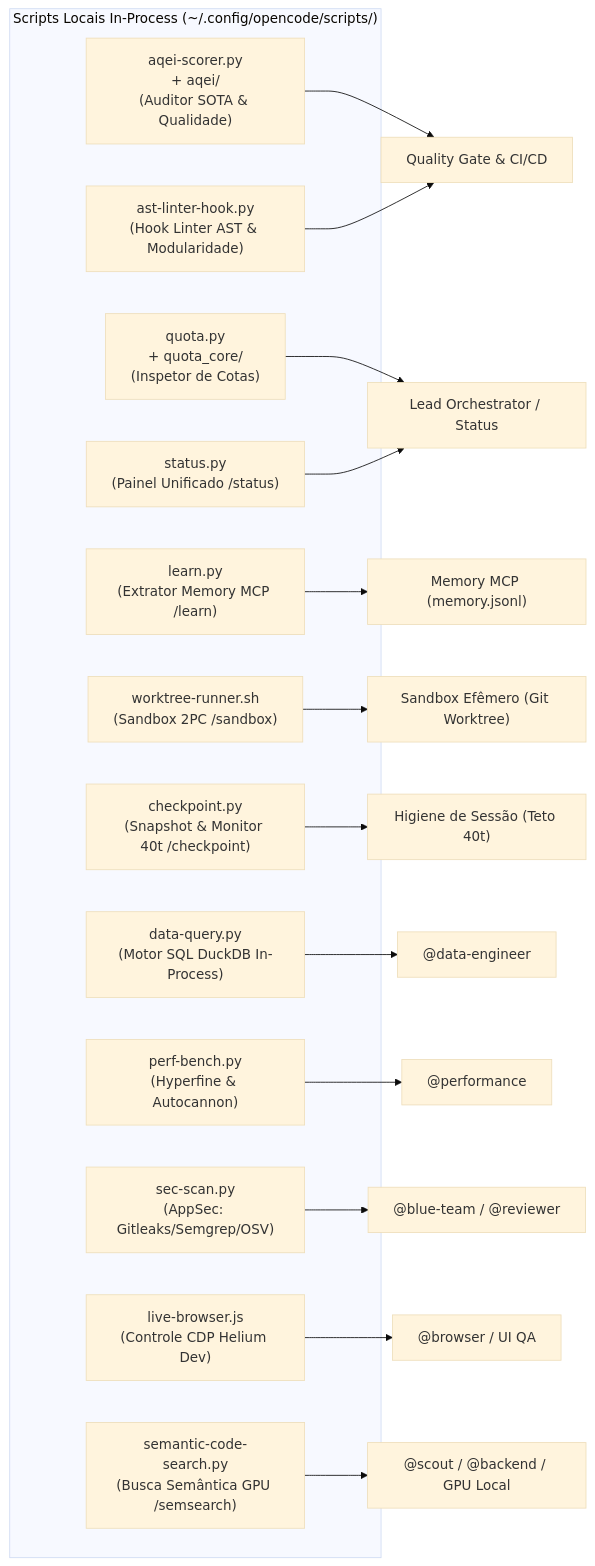
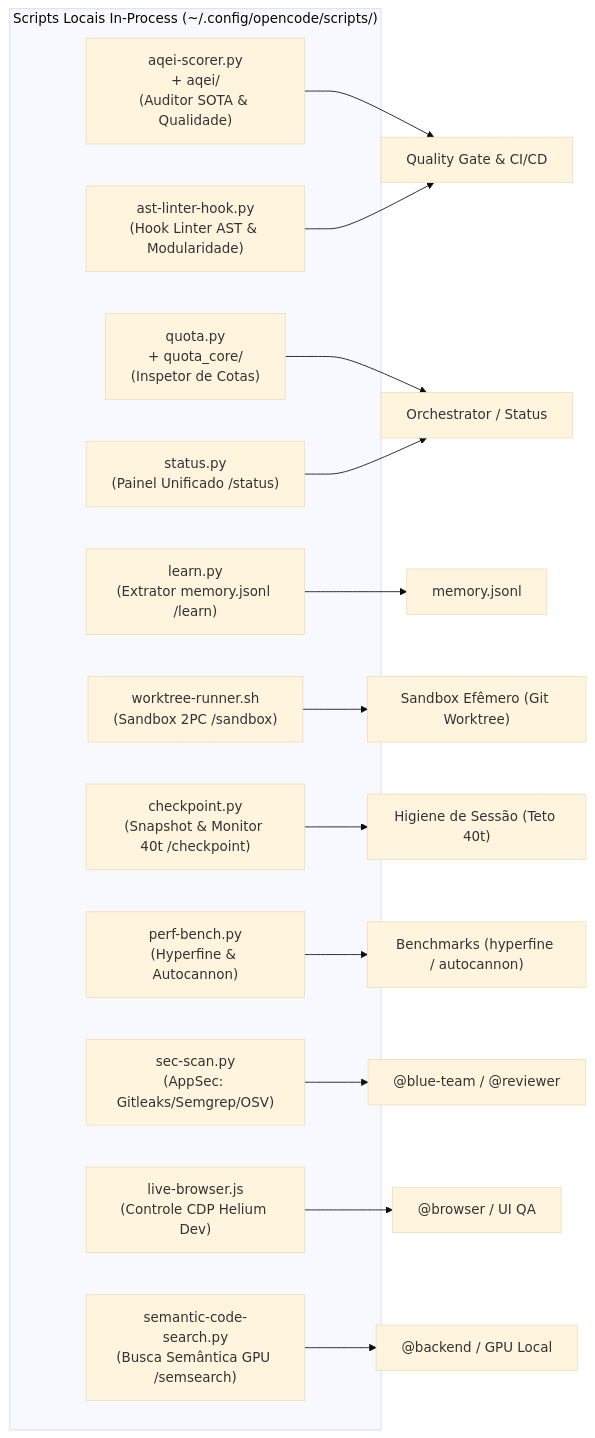
Before and after one commit to Caio2a7/dotfiles: the diagram in opencode/.config/opencode/docs/TOOLING_CATALOG.md, drawn with Mermaid (base theme). The commit also changed other lines of this file and 1 other file, not shown here.

Commit message:
docs(opencode): remove data-query e MCPs do catálogo e documenta a manutenção automática

````diff
--- a/opencode/.config/opencode/docs/TOOLING_CATALOG.md
+++ b/opencode/.config/opencode/docs/TOOLING_CATALOG.md
@@ -9,30 +9,28 @@
 ```mermaid
 graph LR
     subgraph Suite_Scripts["Scripts Locais In-Process (~/.config/opencode/scripts/)"]
         AQEI["aqei-scorer.py\n+ aqei/\n(Auditor SOTA & Qualidade)"]
         Quota["quota.py\n+ quota_core/\n(Inspetor de Cotas)"]
         Status["status.py\n(Painel Unificado /status)"]
-        Learn["learn.py\n(Extrator Memory MCP /learn)"]
+        Learn["learn.py\n(Extrator memory.jsonl /learn)"]
         Worktree["worktree-runner.sh\n(Sandbox 2PC /sandbox)"]
         ASTLint["ast-linter-hook.py\n(Hook Linter AST & Modularidade)"]
         Checkpoint["checkpoint.py\n(Snapshot & Monitor 40t /checkpoint)"]
-        DataQuery["data-query.py\n(Motor SQL DuckDB In-Process)"]
         PerfBench["perf-bench.py\n(Hyperfine & Autocannon)"]
         SecScan["sec-scan.py\n(AppSec: Gitleaks/Semgrep/OSV)"]
         LiveBrowser["live-browser.js\n(Controle CDP Helium Dev)"]
         SemSearch["semantic-code-search.py\n(Busca Semântica GPU /semsearch)"]
     end
 
     AQEI --> QualityGate["Quality Gate & CI/CD"]
     ASTLint --> QualityGate
-    Quota --> Orchestrator["Lead Orchestrator / Status"]
+    Quota --> Orchestrator["Orchestrator / Status"]
     Status --> Orchestrator
-    Learn --> MemoryMCP["Memory MCP (memory.jsonl)"]
+    Learn --> MemoryMCP["memory.jsonl"]
     Worktree --> Isolation["Sandbox Efêmero (Git Worktree)"]
     Checkpoint --> ContextEconomy["Higiene de Sessão (Teto 40t)"]
-    DataQuery --> DataEng["@data-engineer"]
-    PerfBench --> Performance["@performance"]
+    PerfBench --> Bench["Benchmarks (hyperfine / autocannon)"]
     SecScan --> BlueTeam["@blue-team / @reviewer"]
     LiveBrowser --> Browser["@browser / UI QA"]
-    SemSearch --> ScoutBackend["@scout / @backend / GPU Local"]
+    SemSearch --> Backend["@backend / GPU Local"]
 ```
````
